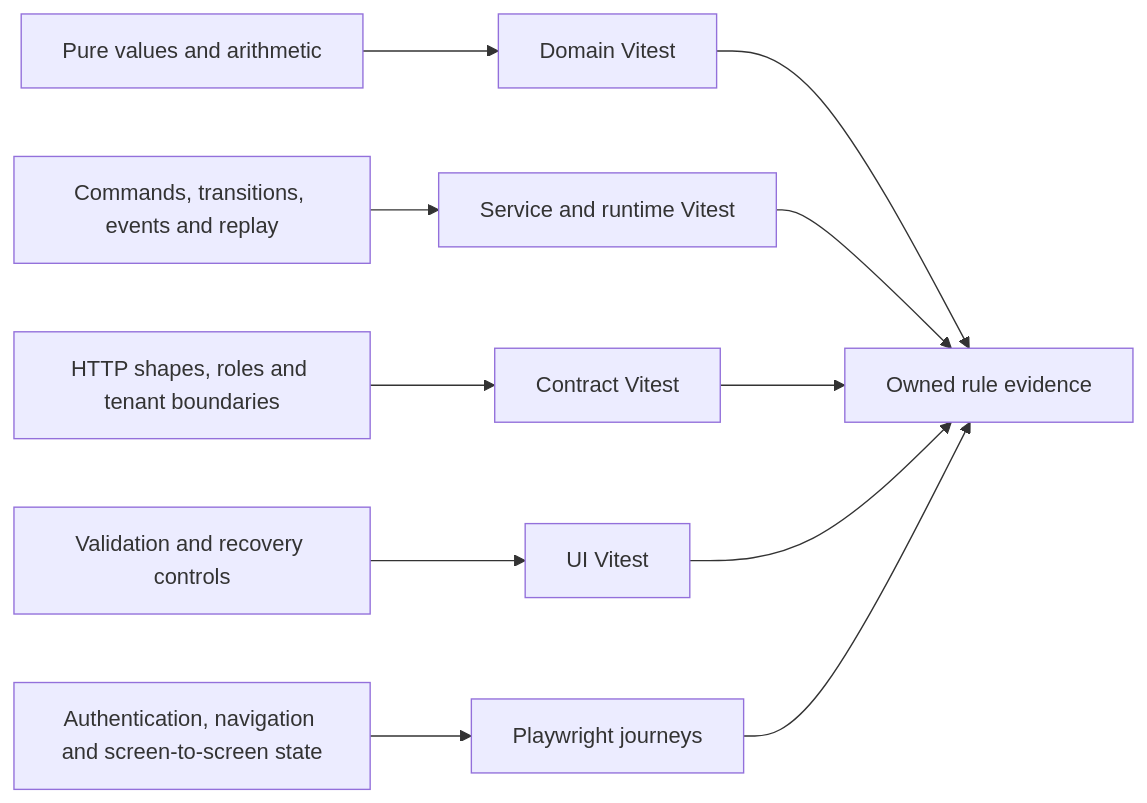
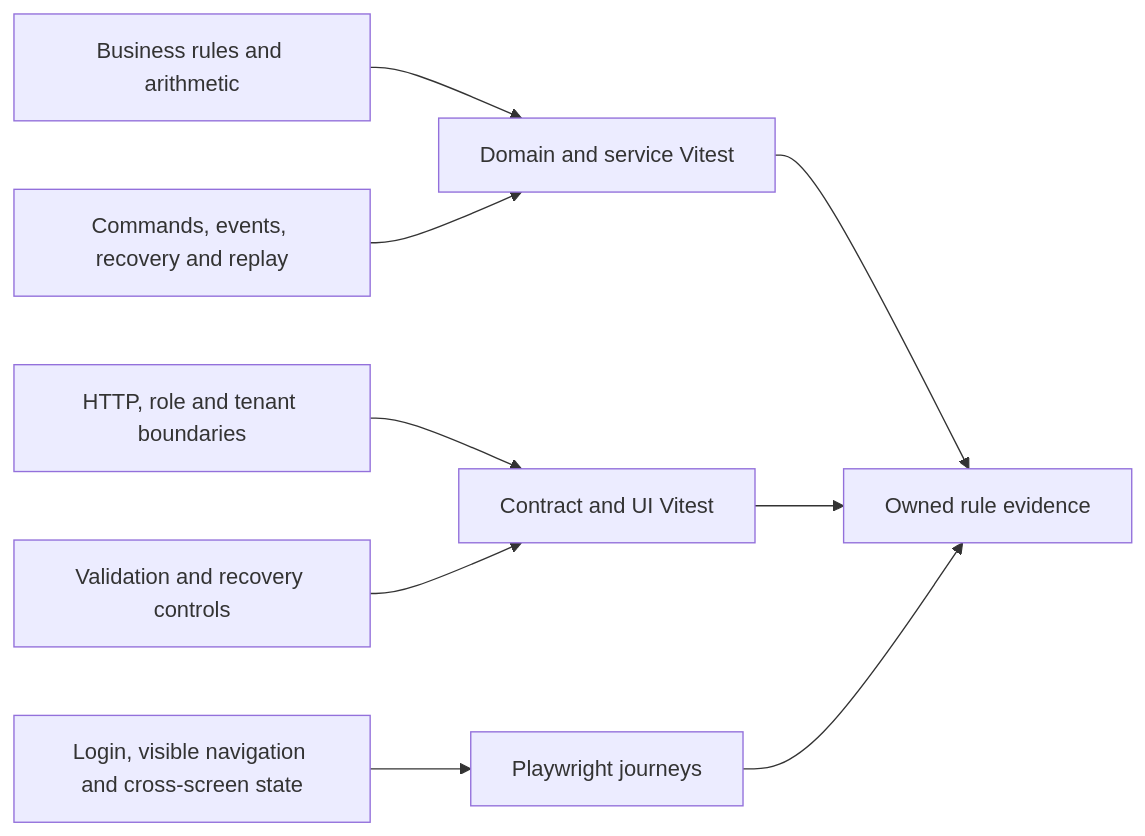
Before and after one commit to deanmng1/proofline: the second of 3 diagrams in docs/showcase/TECHNICAL_GUIDE.md, drawn with Mermaid. The commit also changed other lines of this file and 63 other files, not shown here.

````diff
--- a/docs/showcase/TECHNICAL_GUIDE.md
+++ b/docs/showcase/TECHNICAL_GUIDE.md
@@ -51,13 +64,11 @@
 ```mermaid
 flowchart LR
-  D[Pure values and arithmetic] --> DV[Domain Vitest]
-  S[Commands, transitions, events and replay] --> SV[Service and runtime Vitest]
-  C[HTTP shapes, roles and tenant boundaries] --> CV[Contract Vitest]
-  U[Validation and recovery controls] --> UV[UI Vitest]
-  B[Authentication, navigation and screen-to-screen state] --> PW[Playwright journeys]
-  DV --> P[Owned rule evidence]
-  SV --> P
-  CV --> P
-  UV --> P
-  PW --> P
+  D[Business rules and arithmetic] --> V[Domain and service Vitest]
+  R[Commands, events, recovery and replay] --> V
+  C[HTTP, role and tenant boundaries] --> T[Contract and UI Vitest]
+  U[Validation and recovery controls] --> T
+  B[Login, visible navigation and cross-screen state] --> P[Playwright journeys]
+  V --> O[Owned rule evidence]
+  T --> O
+  P --> O
 ```
````
